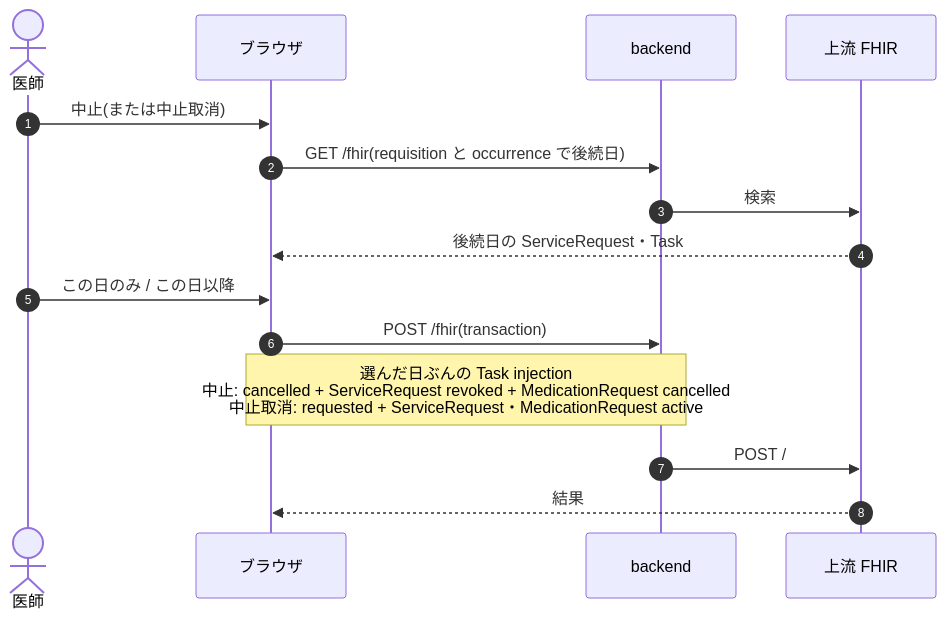
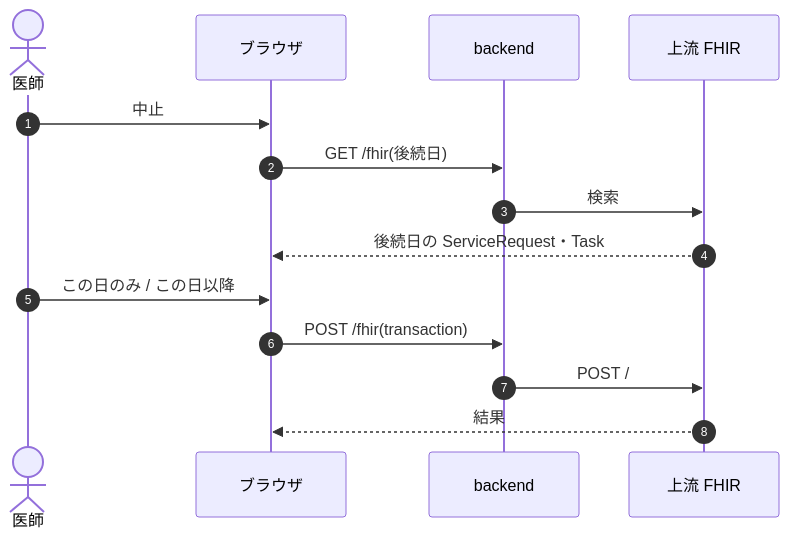
The fifth of 9 diagrams in docs/dev/injection.md (ysnr-dev/fhir-client-docs), drawn with Mermaid before and after one commit. The commit also changed other lines of this file and 43 other files, not shown here.

Commit message:
docs: 業務フローとシーケンス図を写し直し

````diff
--- a/docs/dev/injection.md
+++ b/docs/dev/injection.md
@@ -116,18 +213,17 @@
 ```mermaid
 sequenceDiagram
   autonumber
   actor Dr as 医師
   participant UI as ブラウザ
   participant BE as backend
   participant FHIR as 上流 FHIR
 
-  Dr->>UI: 中止(または中止取消)
-  UI->>BE: GET /fhir(requisition と occurrence で後続日)
+  Dr->>UI: 中止
+  UI->>BE: GET /fhir(後続日)
   BE->>FHIR: 検索
   FHIR-->>UI: 後続日の ServiceRequest・Task
   Dr->>UI: この日のみ / この日以降
   UI->>BE: POST /fhir(transaction)
-  Note over UI,BE: 選んだ日ぶんの Task injection<br/>中止: cancelled + ServiceRequest revoked + MedicationRequest cancelled<br/>中止取消: requested + ServiceRequest・MedicationRequest active
   BE->>FHIR: POST /
   FHIR-->>UI: 結果
 ```
````
